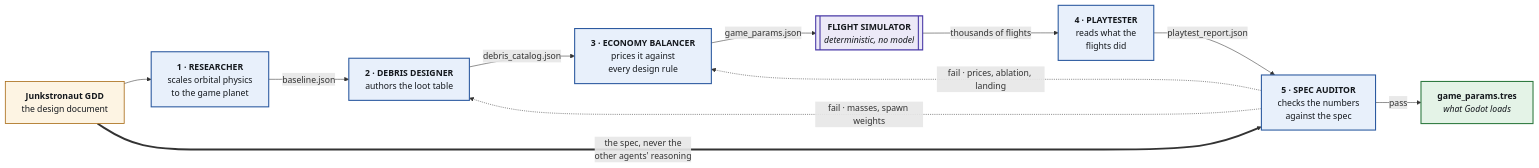
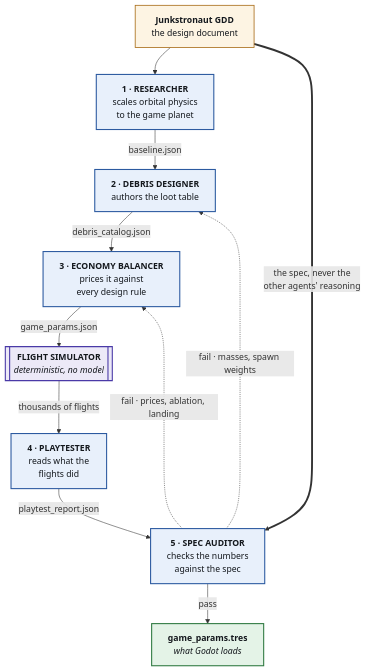
One commit to Chadleewalker/Junkstronaut changed the diagram in README.md. Above: the diagram before and after it, drawn with Mermaid.

Commit message:
Lay the README diagram top-to-bottom so GitHub renders it legibly
Left-to-right put eight nodes across one row, which GitHub scales down to
the column width until the labels are unreadable without zooming.

````diff
--- a/README.md
+++ b/README.md
@@ -50,34 +50,34 @@
 ```mermaid
-flowchart LR
+flowchart TB
   GDD["<b>Junkstronaut GDD</b><br/>the design document"]
 
   R["<b>1 · RESEARCHER</b><br/>scales orbital physics<br/>to the game planet"]
   D["<b>2 · DEBRIS DESIGNER</b><br/>authors the loot table"]
   B["<b>3 · ECONOMY BALANCER</b><br/>prices it against<br/>every design rule"]
   P["<b>4 · PLAYTESTER</b><br/>reads what the<br/>flights did"]
   A["<b>5 · SPEC AUDITOR</b><br/>checks the numbers<br/>against the spec"]
 
   SIM[["<b>FLIGHT SIMULATOR</b><br/><i>deterministic, no model</i>"]]
   TRES["<b>game_params.tres</b><br/><i>what Godot loads</i>"]
 
   GDD --> R
   R -->|"baseline.json"| D
   D -->|"debris_catalog.json"| B
   B -->|"game_params.json"| SIM
   SIM -->|"thousands of flights"| P
   P -->|"playtest_report.json"| A
   GDD ==>|"the spec, never the<br/>other agents' reasoning"| A
   A -->|"pass"| TRES
 
   A -.->|"fail · prices, ablation, landing"| B
   A -.->|"fail · masses, spawn weights"| D
 
   classDef agent fill:#e8f0fb,stroke:#2c5aa0,stroke-width:2px,color:#14181d
   classDef sim fill:#ece9f7,stroke:#4a3aa7,stroke-width:2px,color:#14181d
   classDef ship fill:#e4f3e7,stroke:#2f7a41,stroke-width:2px,color:#14181d
   classDef doc fill:#fdf4e3,stroke:#a86c17,stroke-width:1.5px,color:#14181d
   class R,D,B,P,A agent
   class SIM sim
   class TRES ship
   class GDD doc
 ```
````
